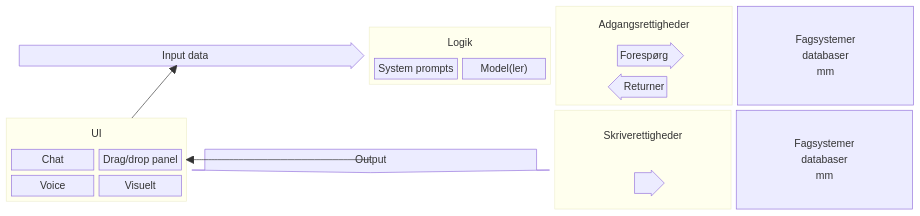
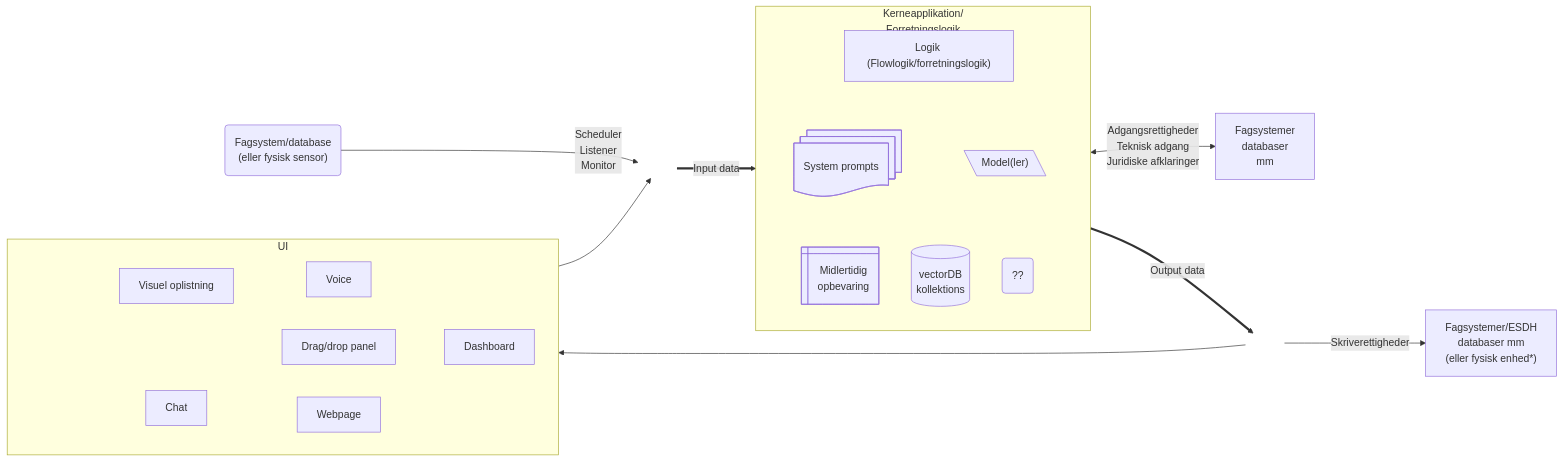
The second of 2 diagrams in docs/minimumskrav/baggrund_objekt_for_os2AI.md (OS2sandbox/public-genai-governance), drawn with Mermaid before and after one commit. The commit also changed other lines of this file, not shown here.

Commit message:
Flowchart instead of block/architecture diagram

````diff
--- a/docs/minimumskrav/baggrund_objekt_for_os2AI.md
+++ b/docs/minimumskrav/baggrund_objekt_for_os2AI.md
@@ -69,57 +57,71 @@
 ```mermaid
-block
-  columns 5
-  %%Start(("Start")) space:2
-  input<["Input data"]>(right):2
-  block:logik:1
-    columns 2
-    log_title["Logik"]:2
-    prompts["System prompts"]
-    models["Model(ler)"]
-  end
-  
-  block:cond:1
-    columns 1
-    cond_title["Adgangsrettigheder"]
-    request<["Forespørg"]>(right)
-    return<["Returner"]>(left)
-  end
+flowchart LR
+    classDef inViz fill:None,stroke-width:0px;
+    inVizStart[" "]:::inViz
+    inVizEnd[" "]:::inViz
 
-  systems["Fagsystemer
-           databaser
-           mm"]
+    subgraph coreapp["`Kerneapplikation/
+                        Forretningslogik`"]
+        direction TB
+        logik["`Logik (Flowlogik/forretningslogik)`"]
+        models@{ shape: lean-l, label: "Model(ler)" }
+        prompts@{ shape: docs, label: "System prompts" }
+        tables@{ shape: db, label: "vectorDB\n kollektions"}
+        storage@{ shape: win-pane, label: "Midlertidig\n opbevaring" }
+        other@{ shape: rounded, label: "??"}
 
-  block:ui:1
-    columns 2
+        %% Arrange components within coreapp with invisible links %%
+        %% This reflects no logic %%
+        %% vertical links %%
+        logik ~~~ prompts ~~~ storage
+                  prompts ~~~ tables
+        logik ~~~ models ~~~ tables 
+                  models ~~~ other
 
-    ui_title["UI"]:2
+    end
+
+    inVizStart =="Input data"==> coreapp
     
-    ui_chat["Chat"]
-    ui_panel["Drag/drop panel"]
-    ui_voice["Voice"]
-    ui_viz["Visuelt"]
-  end
+    systems["Fagsystemer
+            databaser
+            mm"]
+    
+    coreapp <--"Adgangsrettigheder
+                Teknisk adgang
+                Juridiske afklaringer"--> systems
 
-  out<["Output"]>(down):2
+    coreapp =="Output data"==> inVizEnd
 
-  block:w_cond:1
-    columns 1
-    wcond_title["Skriverettigheder"]
-    wcond_request<[" &nbsp;&nbsp;&nbsp;&nbsp; "]>(right)
-  end
+    subgraph ui["UI"]
+        direction LR
+        ui_chat["Chat"]
+        ui_panel["Drag/drop panel"]
+        ui_web["Webpage"]
+        ui_voice["Voice"]
+        ui_viz["Visuel oplistning"]
+        ui_board["Dashboard"]
 
-  out_systems["Fagsystemer
-           databaser
-           mm"]
+        %% Arrange components within coreapp with invisible links %%
+        %% This reflects no logic %%
+        inVizAnchor[" "]:::inViz
+        %% pairwise linking %%
+        inVizAnchor ~~~ ui_viz ~~~ ui_voice ~~~ ui_board
+                        ui_viz ~~~ ui_panel ~~~ ui_board
+        inVizAnchor ~~~ ui_chat ~~~ ui_panel ~~~ ui_board
+                        ui_chat ~~~ ui_web ~~~ ui_board
+    end
 
-  ui ---> input
-  out ---> ui
+    out_systems["Fagsystemer/ESDH
+                databaser mm 
+                (eller fysisk enhed*)"]
+    
+    inVizEnd --"Skriverettigheder"--> out_systems
+    inVizEnd --> ui
+    ui --> inVizStart
 
-  classDef title fill:none, stroke-width:0px
-  
-  class log_title,cond_title,ui_title,wcond_title title
-
-  %%style Start fill:#969;
-  %%style End fill:#696;
+    A@{ shape: event, label: "Fagsystem/database 
+    (eller fysisk sensor)" } --"Scheduler
+                                Listener
+                                Monitor"-->inVizStart
 
 ```
````
